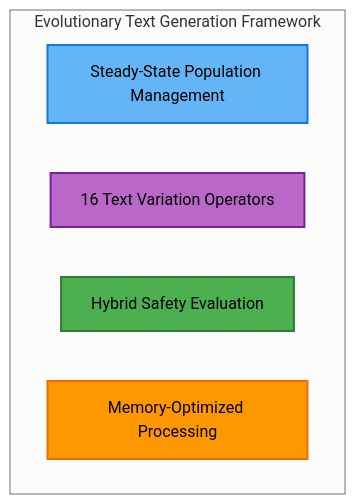
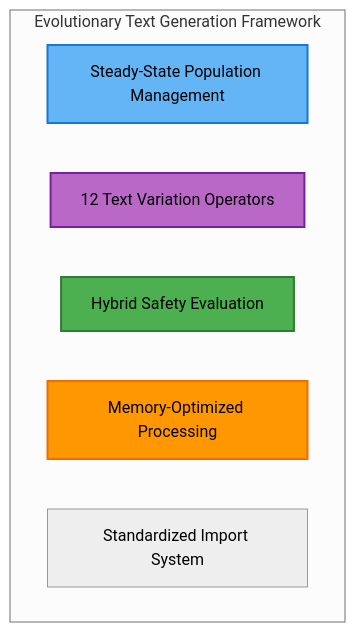
The second of 9 diagrams in ARCHITECTURE.md (Onkar2102/ToxSearch), drawn with Mermaid (neutral theme) before and after one commit. The commit also changed 26 other files, not shown here.

````diff
--- a/ARCHITECTURE.md
+++ b/ARCHITECTURE.md
@@ -41,14 +41,15 @@
 ```mermaid
 graph TB
   subgraph "Evolutionary Text Generation Framework"
     A[Steady-State Population Management]
-    B[16 Text Variation Operators]
+    B[12 Text Variation Operators]
     C[Hybrid Safety Evaluation]
     D[Memory-Optimized Processing]
+    E[Standardized Import System]
   end
   
   style A fill:#64b5f6,stroke:#1976d2,stroke-width:2px,color:#000
   style B fill:#ba68c8,stroke:#7b1fa2,stroke-width:2px,color:#000
   style C fill:#4caf50,stroke:#2e7d32,stroke-width:2px,color:#000
   style D fill:#ff9800,stroke:#ef6c00,stroke-width:2px,color:#000
 ```
````
